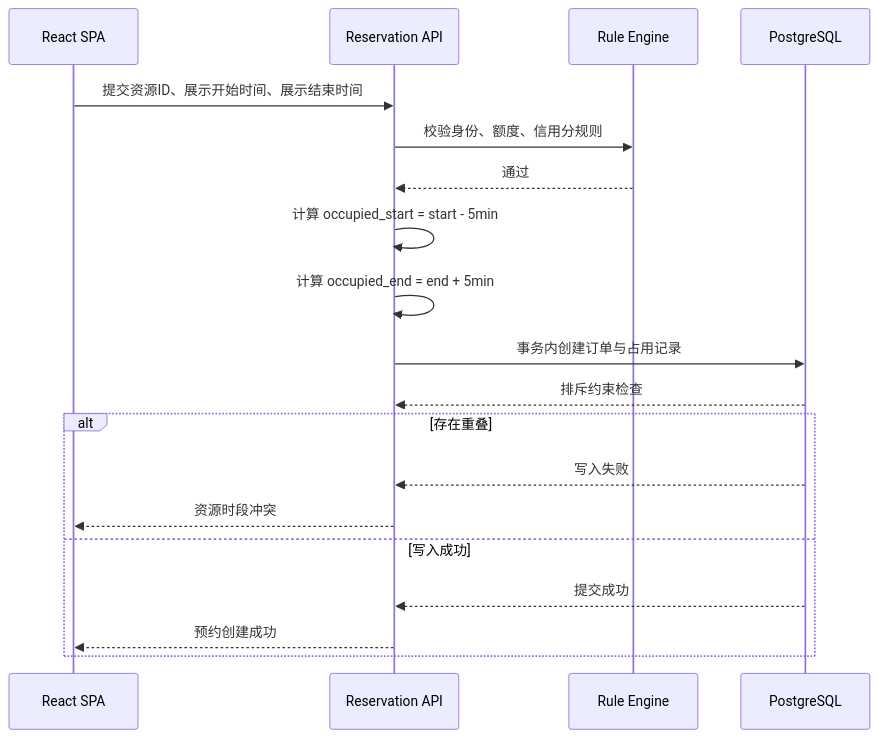
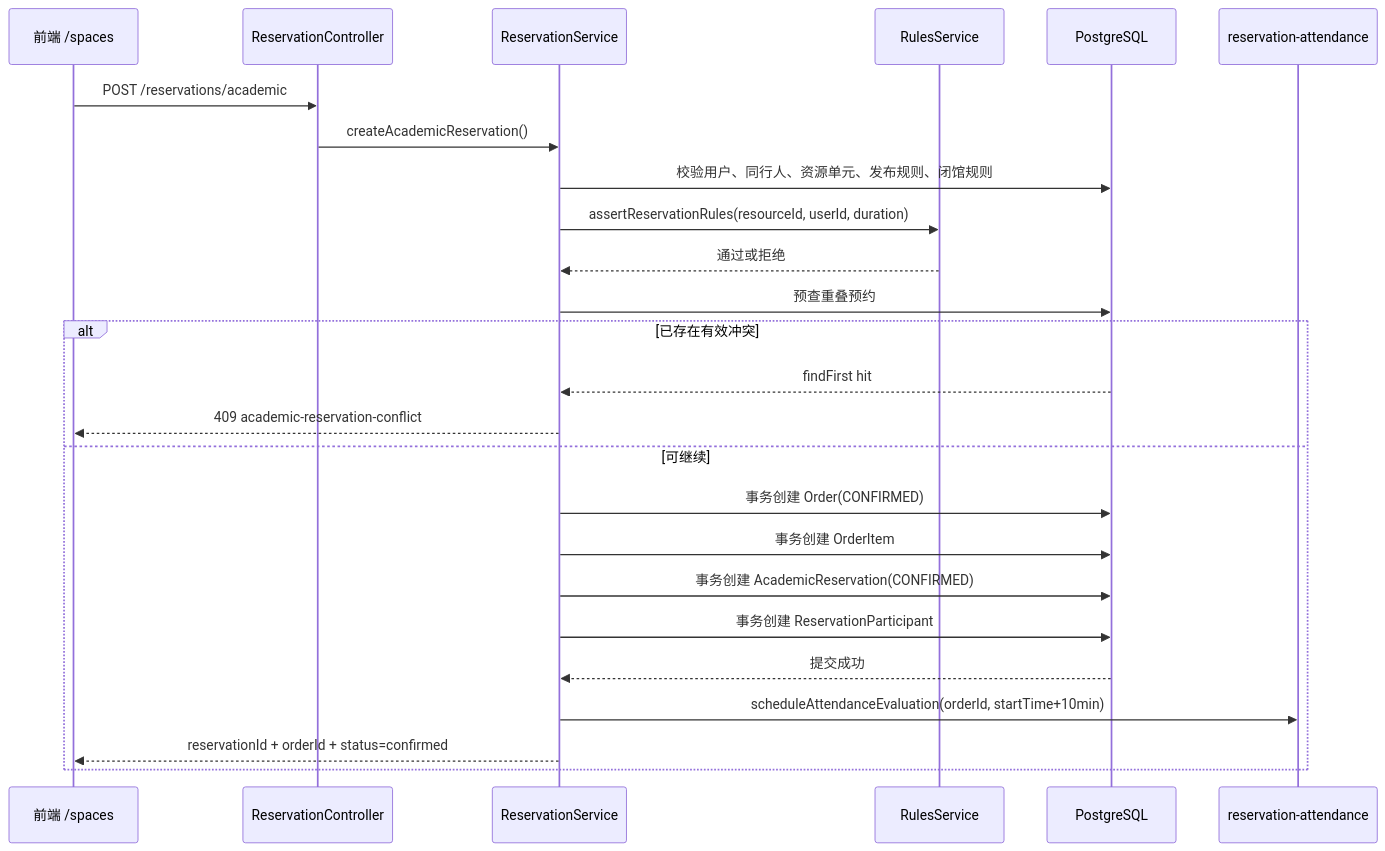
Before and after one commit to Aurorra1123/ust-dev: the third of 8 diagrams in docs/architecture/architecture-diagrams.md, drawn with Mermaid. The commit also changed other lines of this file and 3 other files, not shown here.

Commit message:
docs: audit current implementation diagrams

````diff
--- a/docs/architecture/architecture-diagrams.md
+++ b/docs/architecture/architecture-diagrams.md
@@ -36,22 +95,28 @@
 ```mermaid
 sequenceDiagram
-    participant FE as React SPA
-    participant API as Reservation API
-    participant Rule as Rule Engine
+    participant FE as 前端 /spaces
+    participant API as ReservationController
+    participant Service as ReservationService
+    participant Rule as RulesService
     participant DB as PostgreSQL
+    participant Queue as reservation-attendance
 
-    FE->>API: 提交资源ID、展示开始时间、展示结束时间
-    API->>Rule: 校验身份、额度、信用分规则
-    Rule-->>API: 通过
-    API->>API: 计算 occupied_start = start - 5min
-    API->>API: 计算 occupied_end = end + 5min
-    API->>DB: 事务内创建订单与占用记录
-    DB-->>API: 排斥约束检查
-    alt 存在重叠
-        DB-->>API: 写入失败
-        API-->>FE: 资源时段冲突
-    else 写入成功
-        DB-->>API: 提交成功
-        API-->>FE: 预约创建成功
+    FE->>API: POST /reservations/academic
+    API->>Service: createAcademicReservation()
+    Service->>DB: 校验用户、同行人、资源单元、发布规则、闭馆规则
+    Service->>Rule: assertReservationRules(resourceId, userId, duration)
+    Rule-->>Service: 通过或拒绝
+    Service->>DB: 预查重叠预约
+    alt 已存在有效冲突
+        DB-->>Service: findFirst hit
+        Service-->>FE: 409 academic-reservation-conflict
+    else 可继续
+        Service->>DB: 事务创建 Order(CONFIRMED)
+        Service->>DB: 事务创建 OrderItem
+        Service->>DB: 事务创建 AcademicReservation(CONFIRMED)
+        Service->>DB: 事务创建 ReservationParticipant
+        DB-->>Service: 提交成功
+        Service->>Queue: scheduleAttendanceEvaluation(orderId, startTime+10min)
+        Service-->>FE: reservationId + orderId + status=confirmed
     end
 ```
````
